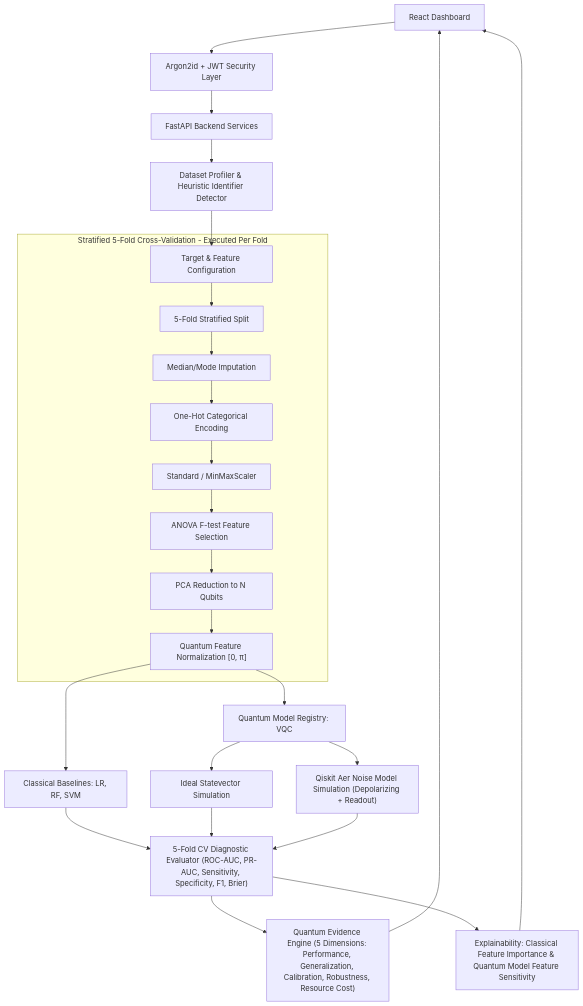
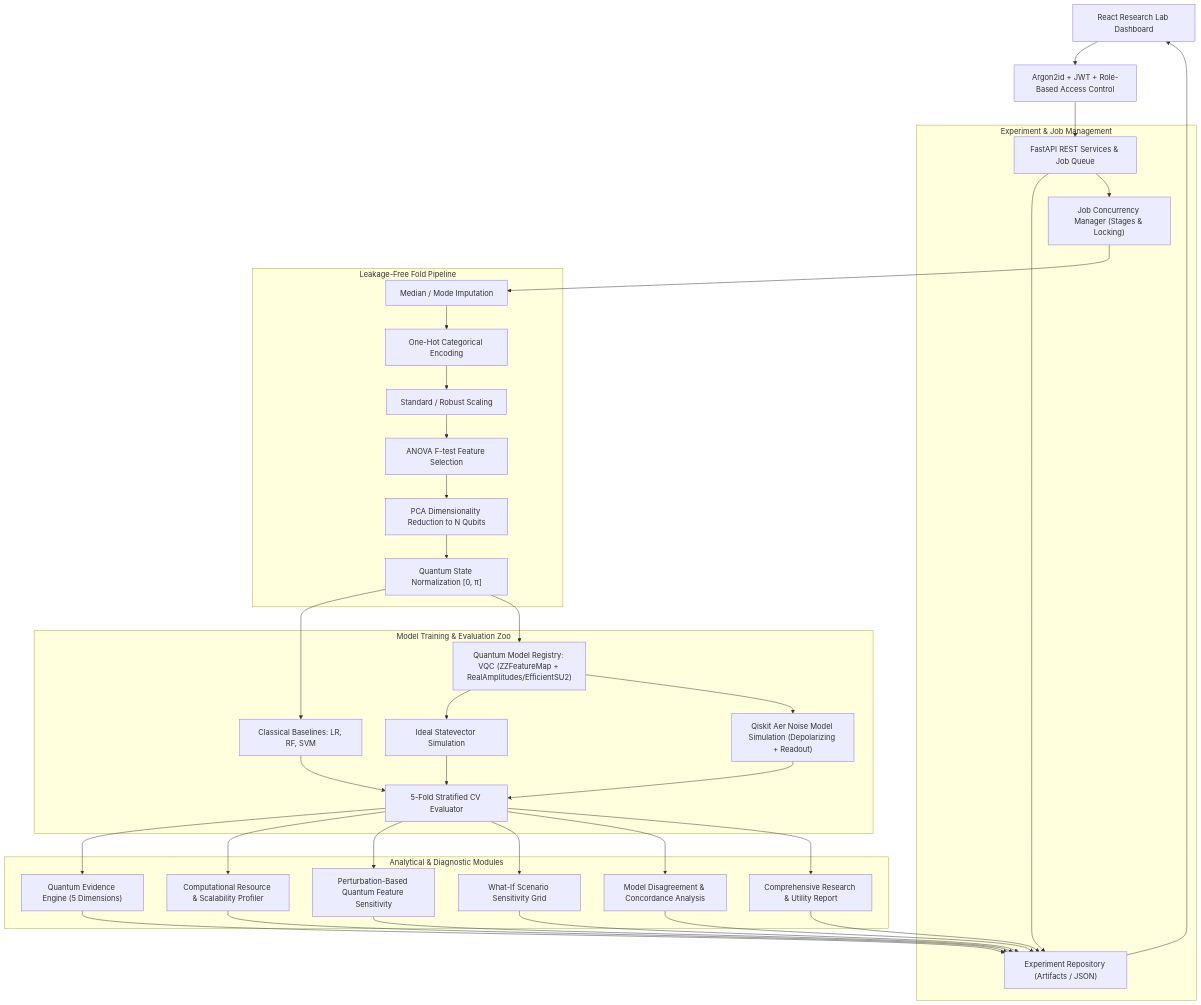
The diagram in README.md (guptashashank16/PROJECT-O2), drawn with Mermaid before and after one commit. The commit also changed other lines of this file and 58 other files, not shown here.

````diff
--- a/README.md
+++ b/README.md
@@ -31,33 +31,48 @@
 ```mermaid
 flowchart TD
-    UI["React Dashboard"] --> Auth["Argon2id + JWT Security Layer"]
-    Auth --> API["FastAPI Backend Services"]
-    API --> Profiler["Dataset Profiler & Heuristic Identifier Detector"]
-    Profiler --> Config["Target & Feature Configuration"]
-
-    subgraph LeakageFreeCV["Stratified 5-Fold Cross-Validation - Executed Per Fold"]
-        Config --> FoldSplit["5-Fold Stratified Split"]
-        FoldSplit --> Impute["Median/Mode Imputation"]
+    UI["React Research Lab Dashboard"] --> Security["Argon2id + JWT + Role-Based Access Control"]
+    Security --> Router["FastAPI REST Services & Job Queue"]
+    
+    subgraph Registry["Experiment & Job Management"]
+        Router --> ExpService["Experiment Repository (Artifacts / JSON)"]
+        Router --> JobMgr["Job Concurrency Manager (Stages & Locking)"]
+    end
+    
+    subgraph Preprocessing["Leakage-Free Fold Pipeline"]
+        JobMgr --> Impute["Median / Mode Imputation"]
         Impute --> Encode["One-Hot Categorical Encoding"]
-        Encode --> Scale["Standard / MinMaxScaler"]
+        Encode --> Scale["Standard / Robust Scaling"]
         Scale --> Select["ANOVA F-test Feature Selection"]
-        Select --> PCA["PCA Reduction to N Qubits"]
-        PCA --> Angle["Quantum Feature Normalization [0, π]"]
+        Select --> PCA["PCA Dimensionality Reduction to N Qubits"]
+        PCA --> Angle["Quantum State Normalization [0, π]"]
     end
-
-    Angle --> ClassicalZoo["Classical Baselines: LR, RF, SVM"]
-    Angle --> QRegistry["Quantum Model Registry: VQC"]
-
-    QRegistry --> IdealSim["Ideal Statevector Simulation"]
-    QRegistry --> NoisySim["Qiskit Aer Noise Model Simulation (Depolarizing + Readout)"]
-
-    ClassicalZoo --> Eval["5-Fold CV Diagnostic Evaluator (ROC-AUC, PR-AUC, Sensitivity, Specificity, F1, Brier)"]
-    IdealSim --> Eval
-    NoisySim --> Eval
-
-    Eval --> Evidence["Quantum Evidence Engine (5 Dimensions: Performance, Generalization, Calibration, Robustness, Resource Cost)"]
-    Eval --> Expl["Explainability: Classical Feature Importance & Quantum Model Feature Sensitivity"]
     
-    Evidence --> UI
-    Expl --> UI
+    subgraph Benchmarking["Model Training & Evaluation Zoo"]
+        Angle --> ClassicalZoo["Classical Baselines: LR, RF, SVM"]
+        Angle --> QRegistry["Quantum Model Registry: VQC (ZZFeatureMap + RealAmplitudes/EfficientSU2)"]
+        
+        QRegistry --> IdealSim["Ideal Statevector Simulation"]
+        QRegistry --> NoisySim["Qiskit Aer Noise Model Simulation (Depolarizing + Readout)"]
+        
+        ClassicalZoo --> Eval["5-Fold Stratified CV Evaluator"]
+        IdealSim --> Eval
+        NoisySim --> Eval
+    end
+    
+    subgraph Analysis["Analytical & Diagnostic Modules"]
+        Eval --> Evidence["Quantum Evidence Engine (5 Dimensions)"]
+        Eval --> Profiler["Computational Resource & Scalability Profiler"]
+        Eval --> Expl["Perturbation-Based Quantum Feature Sensitivity"]
+        Eval --> WhatIf["What-If Scenario Sensitivity Grid"]
+        Eval --> Disagreement["Model Disagreement & Concordance Analysis"]
+        Eval --> Report["Comprehensive Research & Utility Report"]
+    end
+    
+    Evidence --> ExpService
+    Profiler --> ExpService
+    Expl --> ExpService
+    WhatIf --> ExpService
+    Disagreement --> ExpService
+    Report --> ExpService
+    ExpService --> UI
 ```
````
